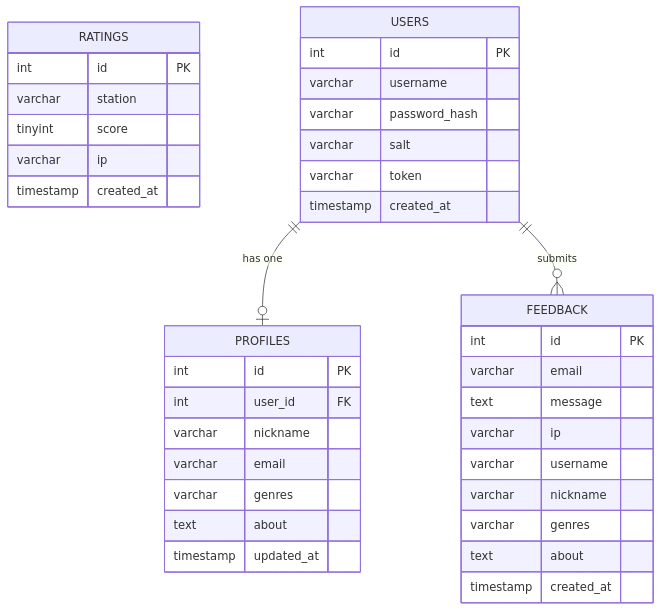
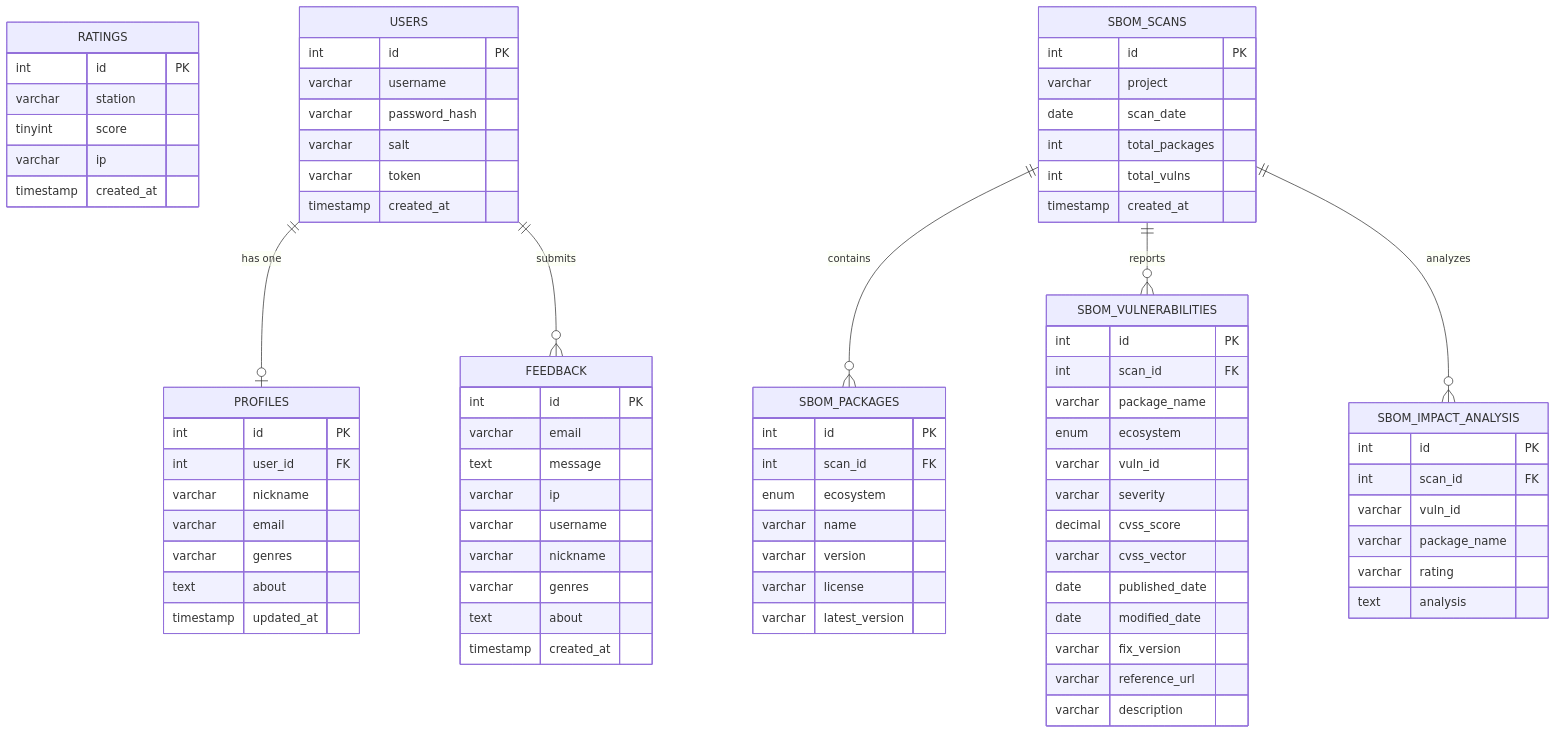
The seventh of 10 diagrams in docs/architecture.md (mgmarques/radiocalico), drawn with Mermaid before and after one commit. The commit also changed other lines of this file and 108 other files, not shown here.

````diff
--- a/docs/architecture.md
+++ b/docs/architecture.md
@@ -397,6 +415,53 @@
         timestamp created_at
     }
 
+    SBOM_SCANS {
+        int id PK
+        varchar project
+        date scan_date
+        int total_packages
+        int total_vulns
+        timestamp created_at
+    }
+
+    SBOM_PACKAGES {
+        int id PK
+        int scan_id FK
+        enum ecosystem
+        varchar name
+        varchar version
+        varchar license
+        varchar latest_version
+    }
+
+    SBOM_VULNERABILITIES {
+        int id PK
+        int scan_id FK
+        varchar package_name
+        enum ecosystem
+        varchar vuln_id
+        varchar severity
+        decimal cvss_score
+        varchar cvss_vector
+        date published_date
+        date modified_date
+        varchar fix_version
+        varchar reference_url
+        varchar description
+    }
+
+    SBOM_IMPACT_ANALYSIS {
+        int id PK
+        int scan_id FK
+        varchar vuln_id
+        varchar package_name
+        varchar rating
+        text analysis
+    }
+
     USERS ||--o| PROFILES : "has one"
     USERS ||--o{ FEEDBACK : "submits"
+    SBOM_SCANS ||--o{ SBOM_PACKAGES : "contains"
+    SBOM_SCANS ||--o{ SBOM_VULNERABILITIES : "reports"
+    SBOM_SCANS ||--o{ SBOM_IMPACT_ANALYSIS : "analyzes"
 ```
````
